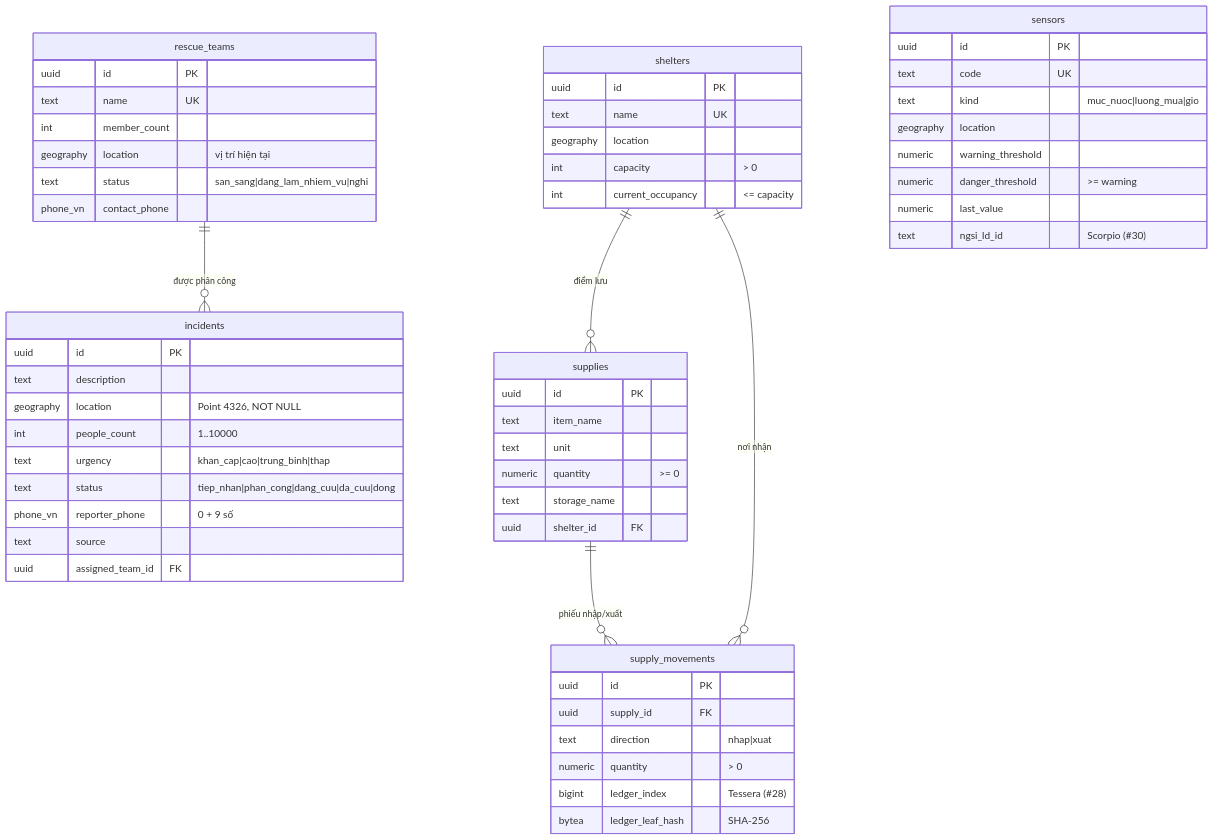
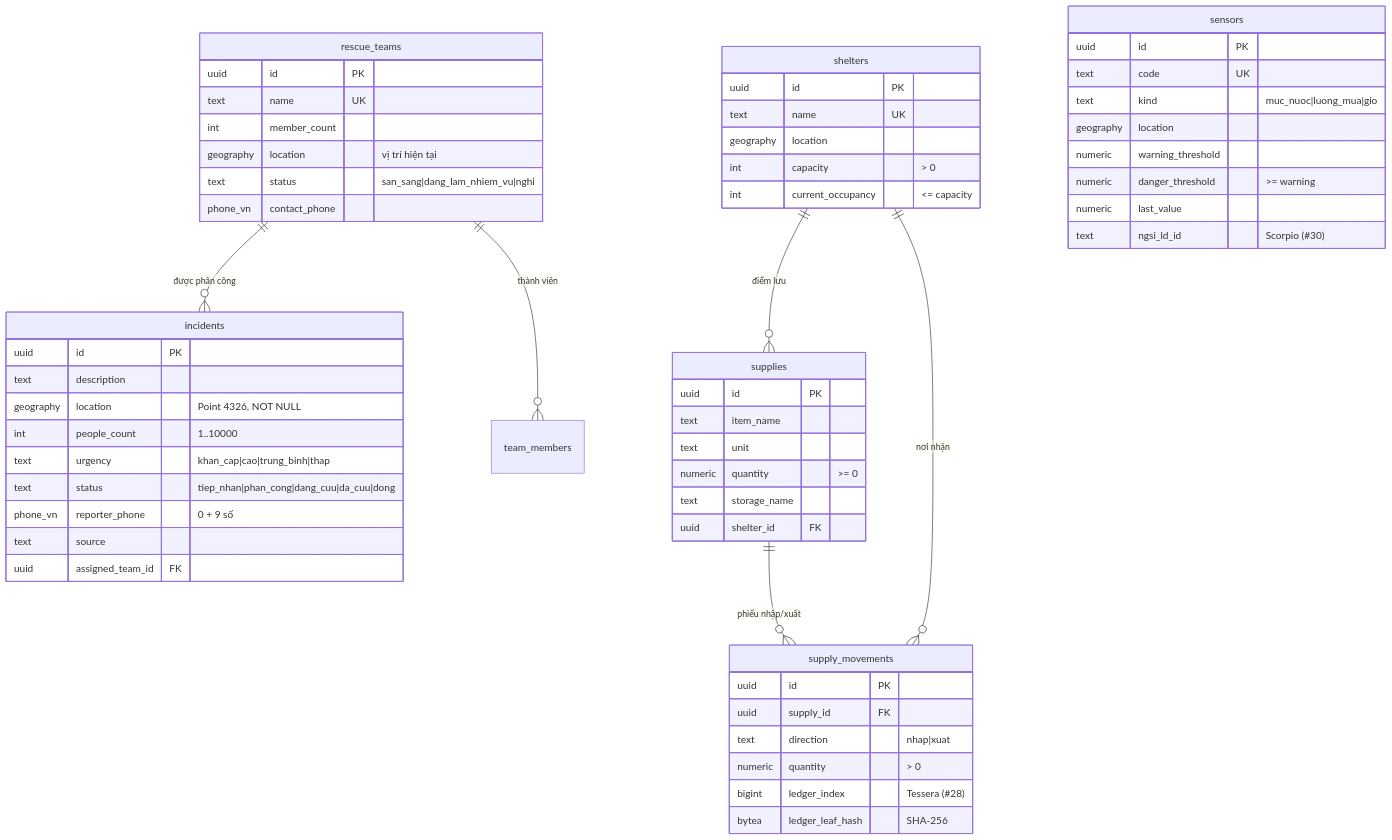
The diagram in apps/cuu-tro/README.md (disaster-dxos/disaster-dxos), drawn with Mermaid before and after one commit. The commit also changed other lines of this file and 25 other files, not shown here.

First line of the commit message:
feat(hasura): metadata ứng dụng cuu-tro, phân quyền GraphQL theo vai trò JWT (#26)

````diff
--- a/apps/cuu-tro/README.md
+++ b/apps/cuu-tro/README.md
@@ -20,60 +21,61 @@
 ```mermaid
 erDiagram
   rescue_teams ||--o{ incidents : "được phân công"
   shelters ||--o{ supplies : "điểm lưu"
   supplies ||--o{ supply_movements : "phiếu nhập/xuất"
   shelters ||--o{ supply_movements : "nơi nhận"
+  rescue_teams ||--o{ team_members : "thành viên"
 
   incidents {
     uuid id PK
     text description
     geography location "Point 4326, NOT NULL"
     int people_count "1..10000"
     text urgency "khan_cap|cao|trung_binh|thap"
     text status "tiep_nhan|phan_cong|dang_cuu|da_cuu|dong"
     phone_vn reporter_phone "0 + 9 số"
     text source
     uuid assigned_team_id FK
   }
   rescue_teams {
     uuid id PK
     text name UK
     int member_count
     geography location "vị trí hiện tại"
     text status "san_sang|dang_lam_nhiem_vu|nghi"
     phone_vn contact_phone
   }
   shelters {
     uuid id PK
     text name UK
     geography location
     int capacity "> 0"
     int current_occupancy "<= capacity"
   }
   supplies {
     uuid id PK
     text item_name
     text unit
     numeric quantity ">= 0"
     text storage_name
     uuid shelter_id FK
   }
   supply_movements {
     uuid id PK
     uuid supply_id FK
     text direction "nhap|xuat"
     numeric quantity "> 0"
     bigint ledger_index "Tessera (#28)"
     bytea ledger_leaf_hash "SHA-256"
   }
   sensors {
     uuid id PK
     text code UK
     text kind "muc_nuoc|luong_mua|gio"
     geography location
     numeric warning_threshold
     numeric danger_threshold ">= warning"
     numeric last_value
     text ngsi_ld_id "Scorpio (#30)"
   }
 ```
````
